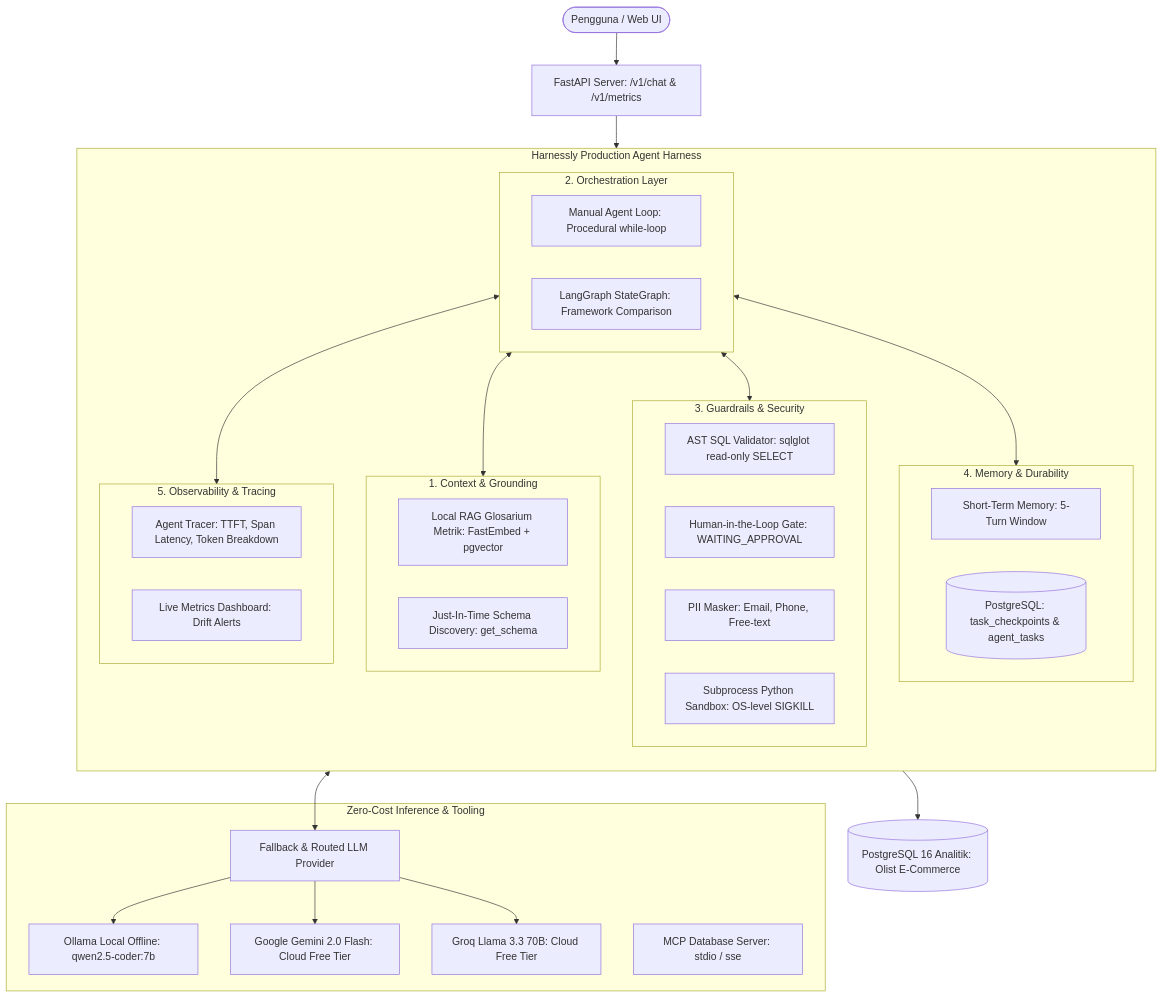
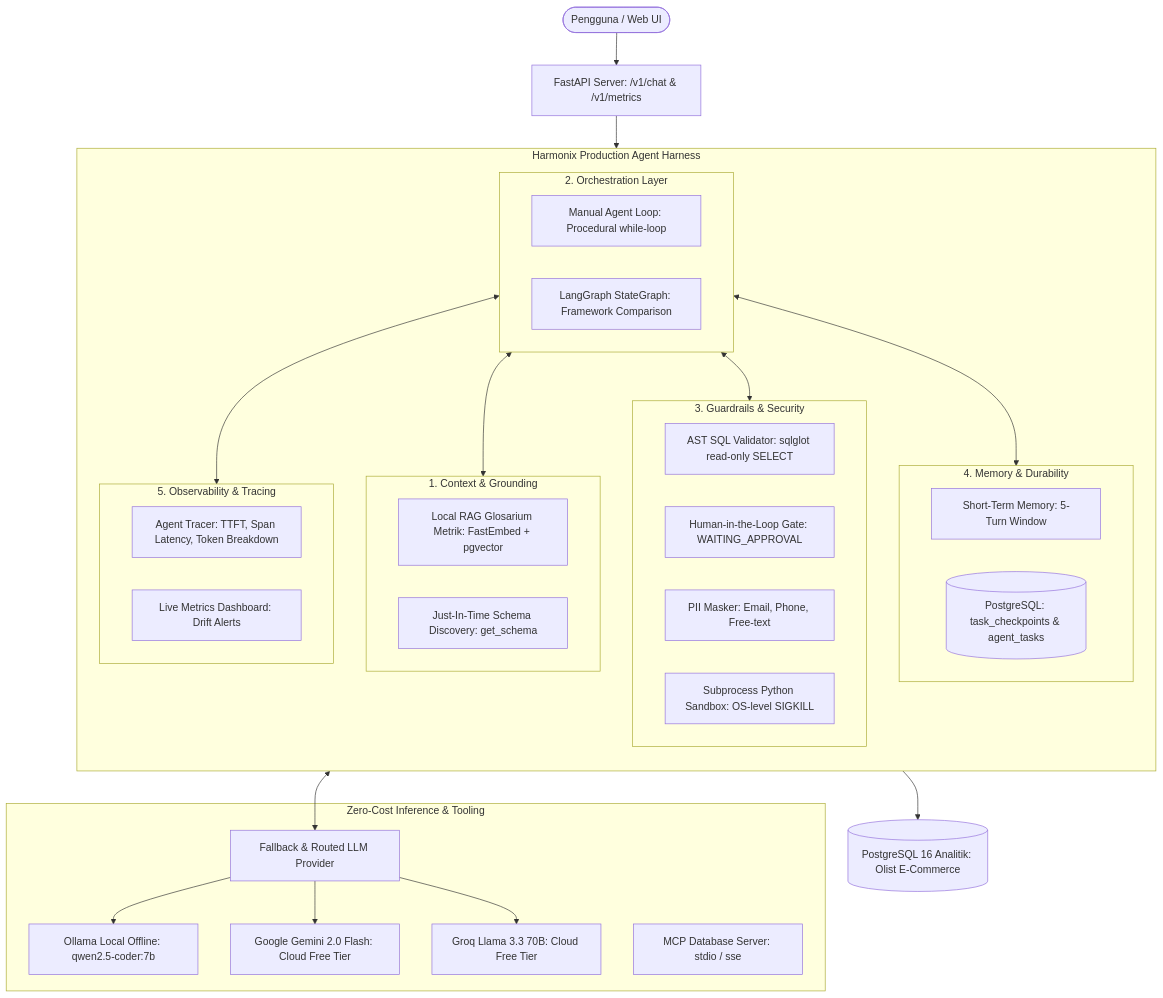
Before and after one commit to SejatiDimedia/harmonix: the diagram in README.md, drawn with Mermaid. The commit also changed other lines of this file and 16 other files, not shown here.

Commit message:
chore(branding): rebrand application name from Harnessly to Harmonix

````diff
--- a/README.md
+++ b/README.md
@@ -26,52 +26,52 @@
 ```mermaid
 flowchart TD
     User([Pengguna / Web UI]) --> API[FastAPI Server: /v1/chat & /v1/metrics]
     
-    subgraph Harness["Harnessly Production Agent Harness"]
+    subgraph Harness["Harmonix Production Agent Harness"]
         direction TB
         
         subgraph Layer1["1. Context & Grounding"]
             Glossary[Local RAG Glosarium Metrik: FastEmbed + pgvector]
             JITSchema[Just-In-Time Schema Discovery: get_schema]
         end
         
         subgraph Layer2["2. Orchestration Layer"]
             ManualLoop[Manual Agent Loop: Procedural while-loop]
             LangGraphAgent[LangGraph StateGraph: Framework Comparison]
         end
         
         subgraph Layer3["3. Guardrails & Security"]
             ASTGuard[AST SQL Validator: sqlglot read-only SELECT]
             ApprovalGate[Human-in-the-Loop Gate: WAITING_APPROVAL]
             PIIMask[PII Masker: Email, Phone, Free-text]
             Sandbox[Subprocess Python Sandbox: OS-level SIGKILL]
         end
         
         subgraph Layer4["4. Memory & Durability"]
             ShortTerm[Short-Term Memory: 5-Turn Window]
             CheckpointDB[(PostgreSQL: task_checkpoints & agent_tasks)]
         end
         
         subgraph Layer5["5. Observability & Tracing"]
             Tracer[Agent Tracer: TTFT, Span Latency, Token Breakdown]
             MetricsDash[Live Metrics Dashboard: Drift Alerts]
         end
     end
     
     subgraph ZeroCost["Zero-Cost Inference & Tooling"]
         Router[Fallback & Routed LLM Provider]
         Ollama[Ollama Local Offline: qwen2.5-coder:7b]
         Gemini[Google Gemini 2.0 Flash: Cloud Free Tier]
         Groq[Groq Llama 3.3 70B: Cloud Free Tier]
         MCPServer[MCP Database Server: stdio / sse]
     end
 
     API --> Layer2
     Layer2 <--> Layer1
     Layer2 <--> Layer3
     Layer2 <--> Layer4
     Layer2 <--> Layer5
     Layer2 <--> Router
     Router --> Gemini & Groq & Ollama
     Layer3 --> Database[(PostgreSQL 16 Analitik: Olist E-Commerce)]
 ```
````
